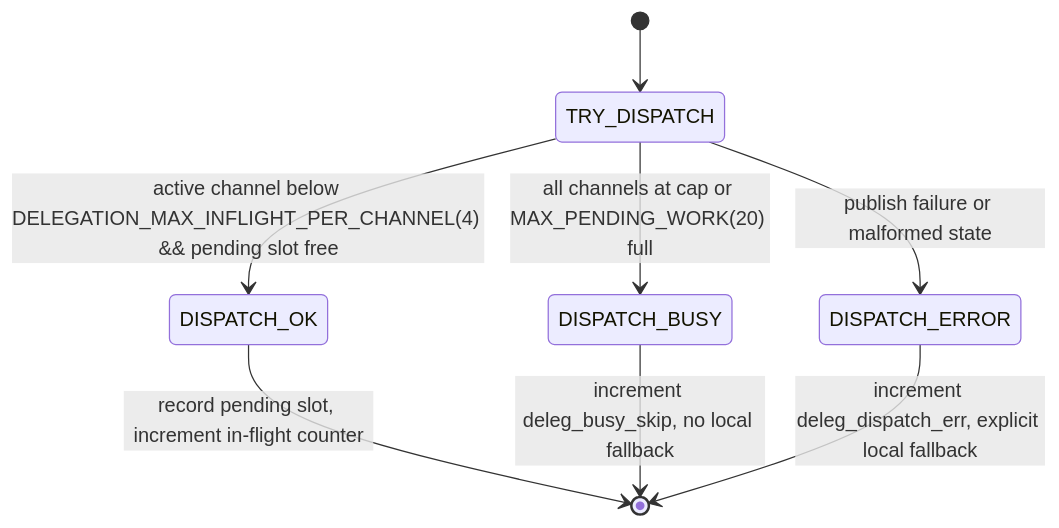
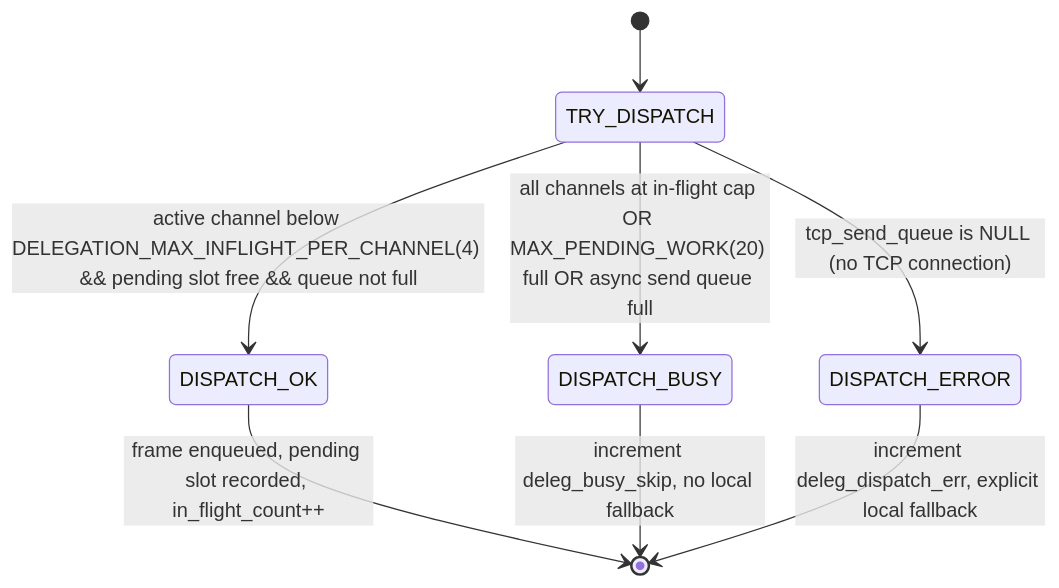
The third of 3 diagrams in docs/system-state-model.md (anaadimishra/distributed_rtos), drawn with Mermaid before and after one commit. The commit also changed other lines of this file and 160 other files, not shown here.

````diff
--- a/docs/system-state-model.md
+++ b/docs/system-state-model.md
@@ -89,10 +104,10 @@
 ```mermaid
 stateDiagram-v2
     [*] --> TRY_DISPATCH
-    TRY_DISPATCH --> DISPATCH_OK: active channel below DELEGATION_MAX_INFLIGHT_PER_CHANNEL(4) && pending slot free
-    TRY_DISPATCH --> DISPATCH_BUSY: all channels at cap or MAX_PENDING_WORK(20) full
-    TRY_DISPATCH --> DISPATCH_ERROR: publish failure or malformed state
-    DISPATCH_OK --> [*]: record pending slot, increment in-flight counter
+    TRY_DISPATCH --> DISPATCH_OK: active channel below DELEGATION_MAX_INFLIGHT_PER_CHANNEL(4) && pending slot free && queue not full
+    TRY_DISPATCH --> DISPATCH_BUSY: all channels at in-flight cap OR MAX_PENDING_WORK(20) full OR async send queue full
+    TRY_DISPATCH --> DISPATCH_ERROR: tcp_send_queue is NULL (no TCP connection)
+    DISPATCH_OK --> [*]: frame enqueued, pending slot recorded, in_flight_count++
     DISPATCH_BUSY --> [*]: increment deleg_busy_skip, no local fallback
     DISPATCH_ERROR --> [*]: increment deleg_dispatch_err, explicit local fallback
 ```
````
